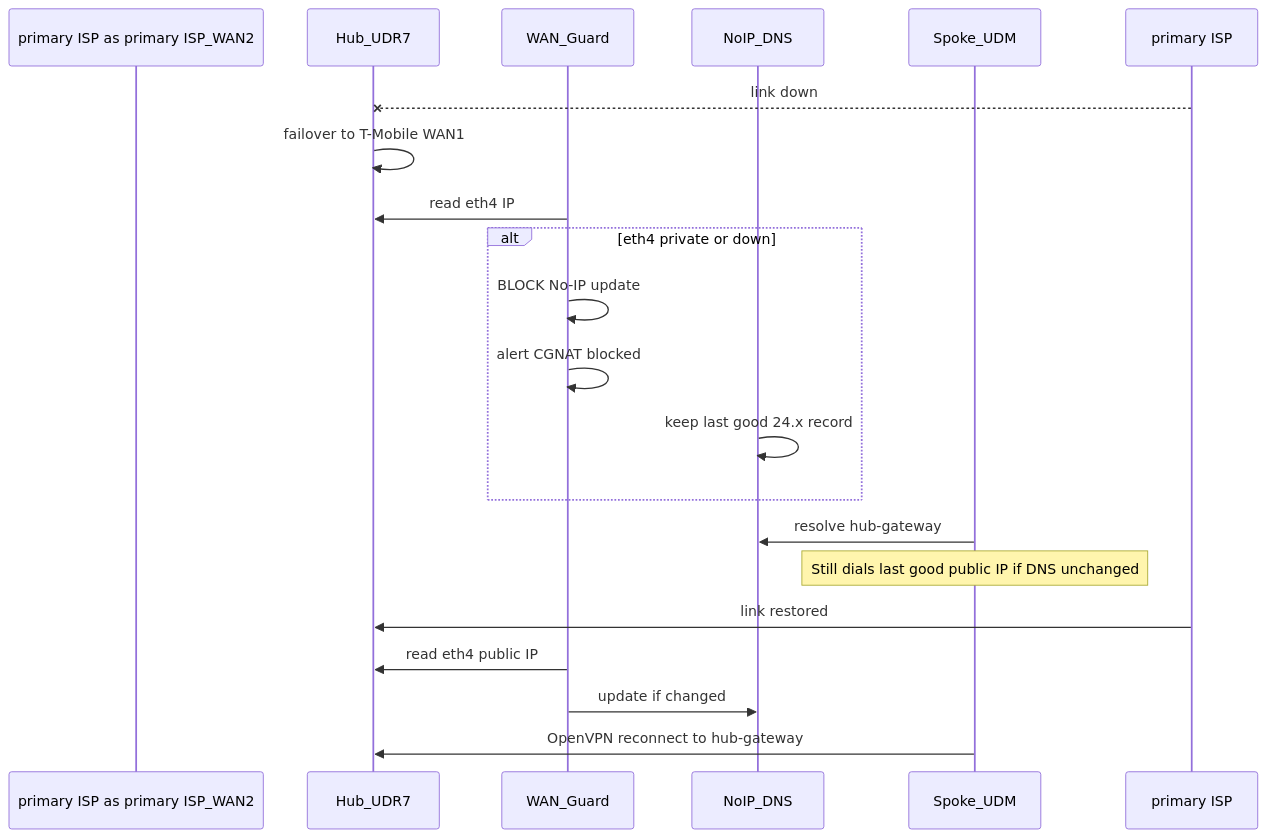
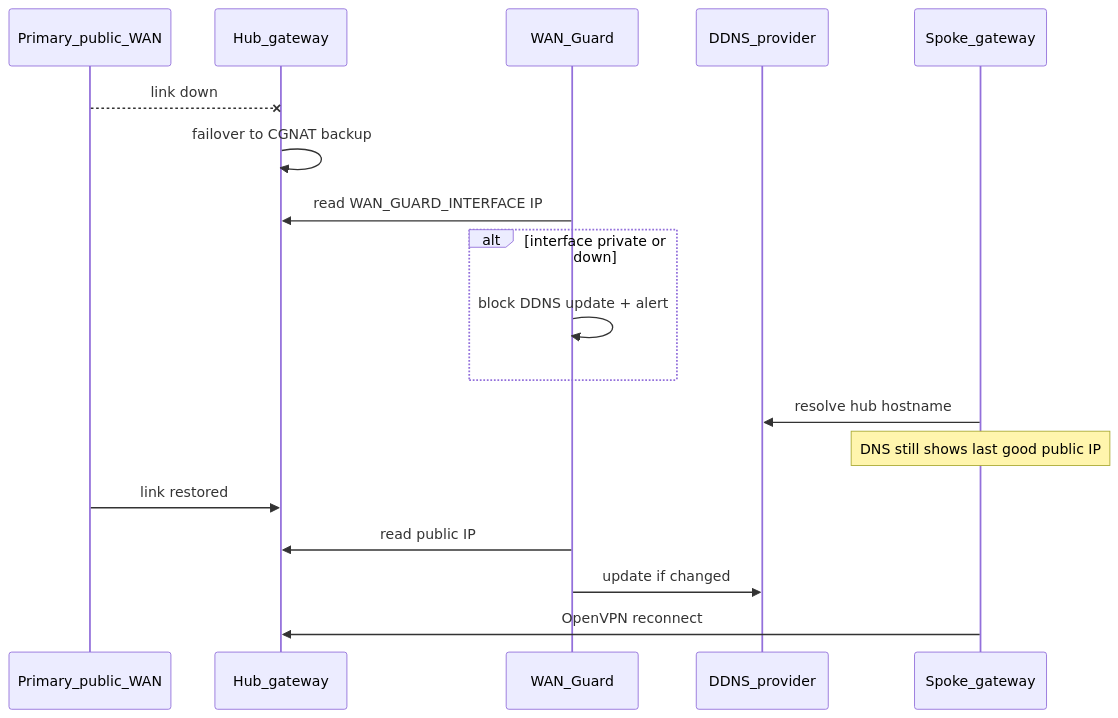
The diagram in docs/wan-guard-openvpn-failover.md (roto31/UniFi-Tunnel-Monitor), drawn with Mermaid before and after one commit. The commit also changed other lines of this file and 47 other files, not shown here.

First line of the commit message:
Sanitize public release and add spoke monitoring templates.

````diff
--- a/docs/wan-guard-openvpn-failover.md
+++ b/docs/wan-guard-openvpn-failover.md
@@ -138,23 +120,21 @@
 ```mermaid
 sequenceDiagram
-    participant primary ISP as primary ISP_WAN2
-    participant UDR7 as Hub_UDR7
+    participant Primary as Primary_public_WAN
+    participant Hub as Hub_gateway
     participant WG as WAN_Guard
-    participant NoIP as NoIP_DNS
-    participant UDM as Spoke_UDM
+    participant DDNS as DDNS_provider
+    participant Spoke as Spoke_gateway
 
-    primary ISP--xUDR7: link down
-    UDR7->>UDR7: failover to T-Mobile WAN1
-    WG->>UDR7: read eth4 IP
-    alt eth4 private or down
-        WG->>WG: BLOCK No-IP update
-        WG->>WG: alert CGNAT blocked
-        NoIP->>NoIP: keep last good 24.x record
+    Primary--xHub: link down
+    Hub->>Hub: failover to CGNAT backup
+    WG->>Hub: read WAN_GUARD_INTERFACE IP
+    alt interface private or down
+        WG->>WG: block DDNS update + alert
     end
-    UDM->>NoIP: resolve hub-gateway
-    Note over UDM: Still dials last good public IP if DNS unchanged
-    primary ISP->>UDR7: link restored
-    WG->>UDR7: read eth4 public IP
-    WG->>NoIP: update if changed
-    UDM->>UDR7: OpenVPN reconnect to hub-gateway
+    Spoke->>DDNS: resolve hub hostname
+    Note over Spoke: DNS still shows last good public IP
+    Primary->>Hub: link restored
+    WG->>Hub: read public IP
+    WG->>DDNS: update if changed
+    Spoke->>Hub: OpenVPN reconnect
 ```
````
